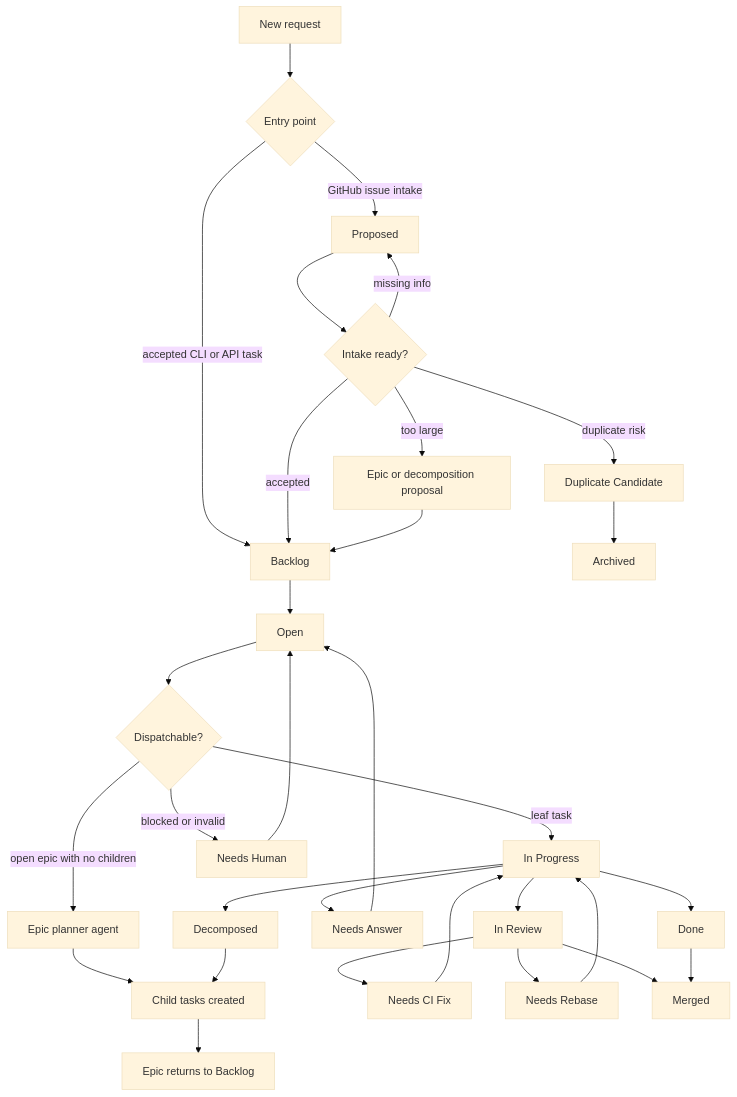
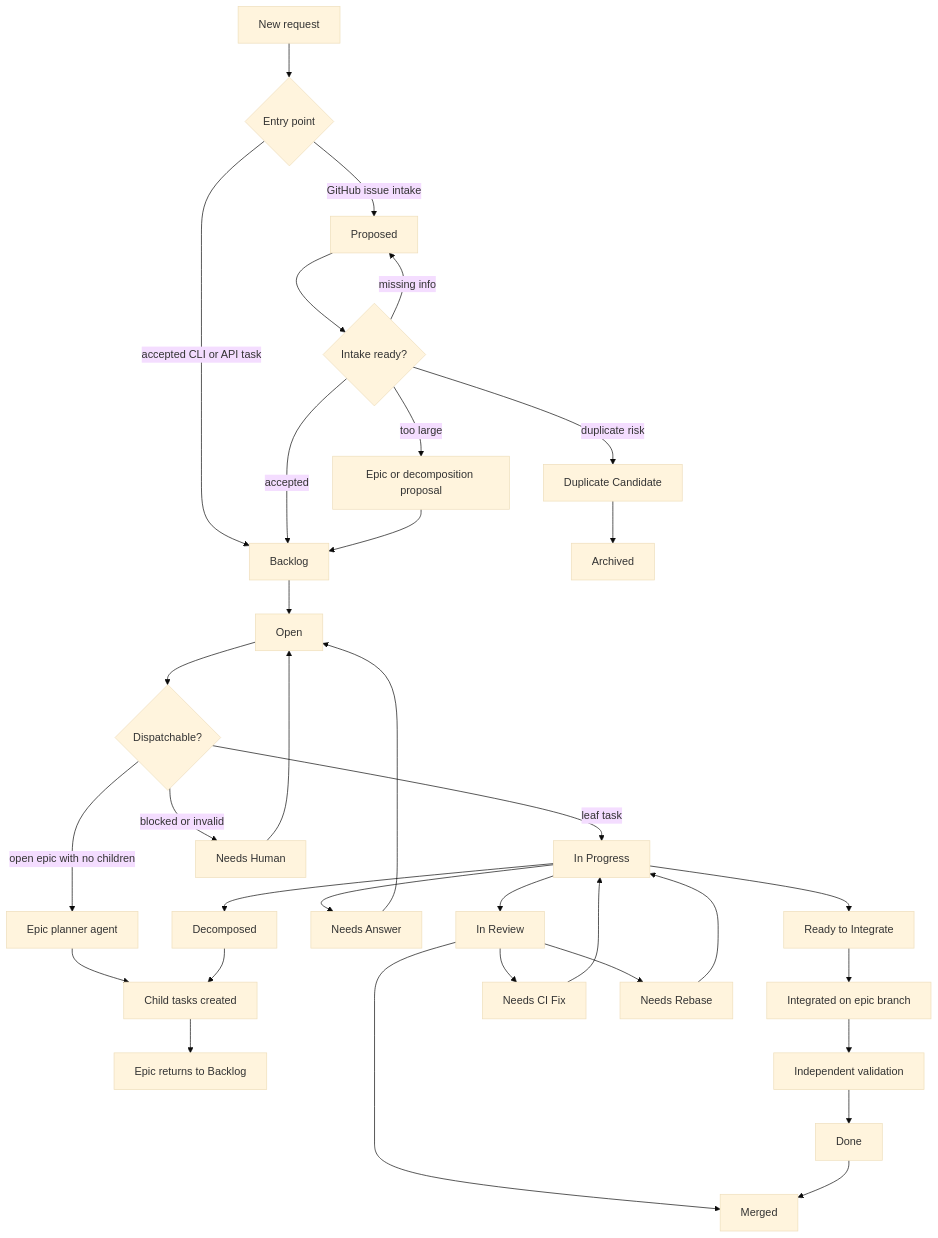
One commit to lesserevil/oompah changed the second of 5 diagrams in docs/task-epic-workflow.md. Above: the diagram before and after it, drawn with Mermaid (base theme). The commit also changed other lines of this file and 35 other files, not shown here.

````diff
--- a/docs/task-epic-workflow.md
+++ b/docs/task-epic-workflow.md
@@ -66,40 +66,43 @@
 ```mermaid
 flowchart TD
     Request[New request] --> Entry{Entry point}
     Entry -- GitHub issue intake --> Proposed[Proposed]
     Entry -- accepted CLI or API task --> Backlog[Backlog]
 
     Proposed --> Intake{Intake ready?}
     Intake -- missing info --> Proposed
     Intake -- duplicate risk --> Duplicate[Duplicate Candidate]
     Intake -- accepted --> Backlog
     Intake -- too large --> EpicCandidate[Epic or decomposition proposal]
 
     EpicCandidate --> Backlog
     Backlog --> Open[Open]
 
     Open --> Dispatch{Dispatchable?}
     Dispatch -- leaf task --> InProgress[In Progress]
     Dispatch -- open epic with no children --> Planner[Epic planner agent]
     Dispatch -- blocked or invalid --> Waiting[Needs Human]
 
     Planner --> Children[Child tasks created]
     Children --> EpicBacklog[Epic returns to Backlog]
 
     InProgress --> Review[In Review]
     InProgress --> NeedsAnswer[Needs Answer]
     InProgress --> Decomposed[Decomposed]
-    InProgress --> Done[Done]
+    InProgress --> Ready[Ready to Integrate]
+    Ready --> Integrated[Integrated on epic branch]
+    Integrated --> Validation[Independent validation]
+    Validation --> Done[Done]
 
     NeedsAnswer --> Open
     Waiting --> Open
     Review --> NeedsCIFix[Needs CI Fix]
     Review --> NeedsRebase[Needs Rebase]
     NeedsCIFix --> InProgress
     NeedsRebase --> InProgress
     Review --> Merged[Merged]
 
     Duplicate --> Archived[Archived]
     Decomposed --> Children
     Done --> Merged
 ```
````
